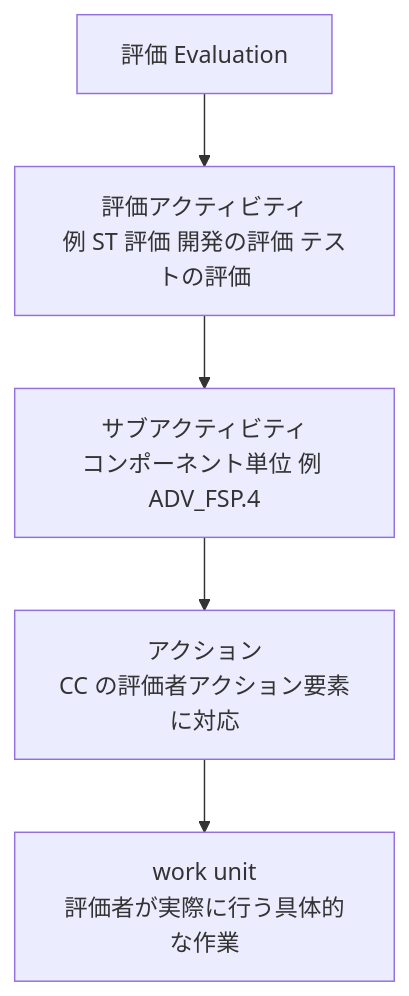
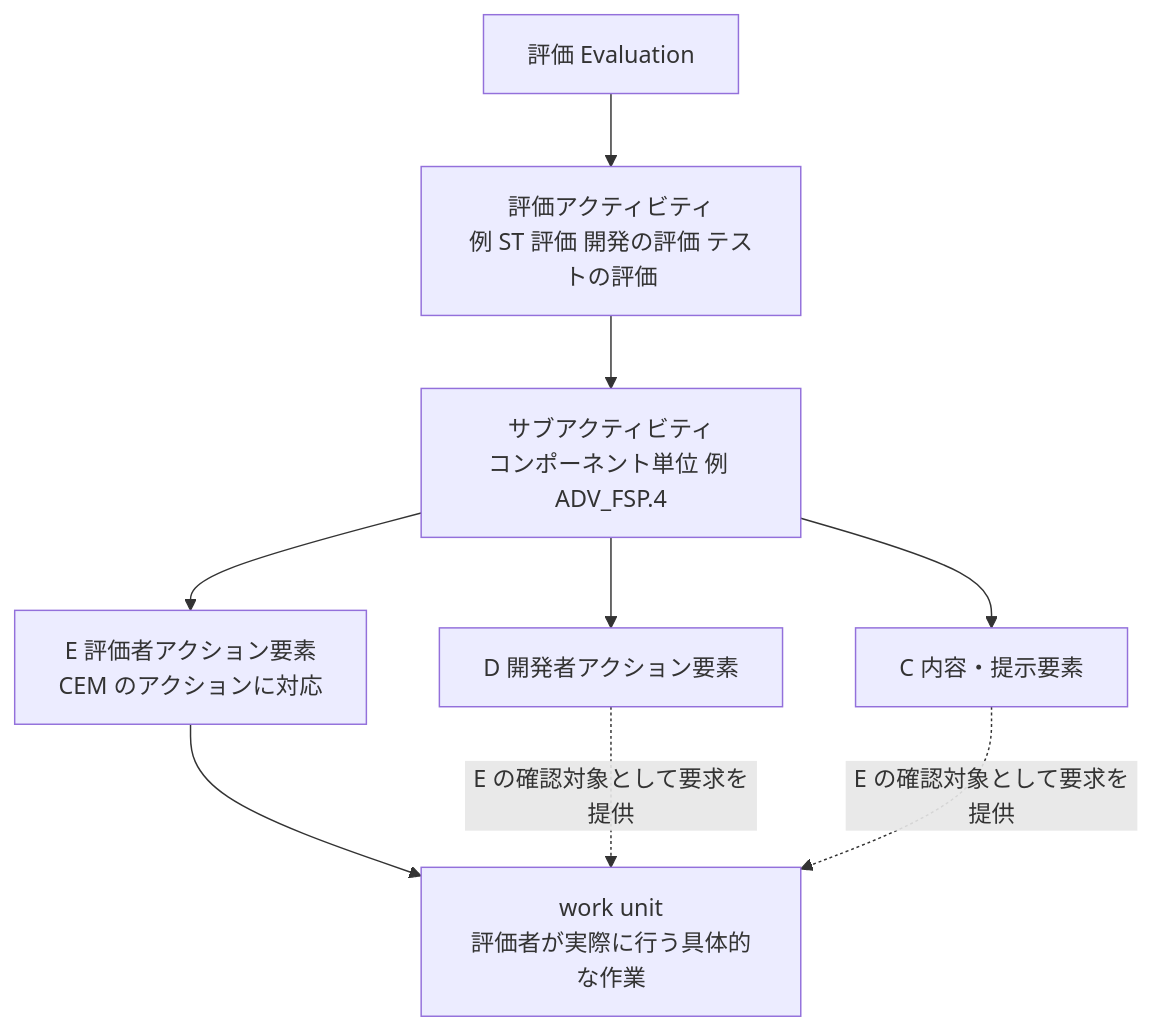
The seventh of 18 diagrams in Iso-iec-18045-2026-guide.md (myoshi2891/Security_Studies), drawn with Mermaid before and after one commit. The commit also changed other lines of this file, not shown here.

Commit message:
docs(iso18045): clarify work unit derivation and element mapping in CEM flowchart
- Add D (developer action) and C (content/presentation) elements to the flowchart
- Clarify relationship between D/C elements, E element, and work units
- Update explanation note regarding work unit breakdown from E element and requirements from D/C elements

````diff
--- a/Iso-iec-18045-2026-guide.md
+++ b/Iso-iec-18045-2026-guide.md
@@ -280,7 +280,11 @@
 ```mermaid
 flowchart TD
     EV["評価 Evaluation"] --> AC["評価アクティビティ<br/>例 ST 評価 開発の評価 テストの評価"]
     AC --> SA["サブアクティビティ<br/>コンポーネント単位 例 ADV_FSP.4"]
-    SA --> ACT["アクション<br/>CC の評価者アクション要素に対応"]
+    SA --> D["D 開発者アクション要素"]
+    SA --> C["C 内容・提示要素"]
+    SA --> ACT["E 評価者アクション要素<br/>CEM のアクションに対応"]
     ACT --> WU["work unit<br/>評価者が実際に行う具体的な作業"]
+    D -.->|"E の確認対象として要求を提供"| WU
+    C -.->|"E の確認対象として要求を提供"| WU
 ```
````
